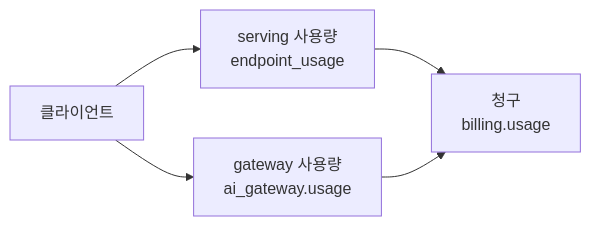
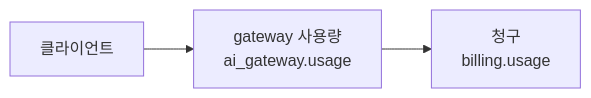
One commit to yunkyoungaum/ADB_guide changed the diagram in source/guides/04-usage-monitoring/README.md. Above: the diagram before and after it, drawn with Mermaid. The commit also changed other lines of this file and 10 other files, not shown here.

First line of the commit message:
docs: serving 라우트를 제거하고 AI Gateway 단일 경로로 재구성

````diff
--- a/source/guides/04-usage-monitoring/README.md
+++ b/source/guides/04-usage-monitoring/README.md
@@ -9,7 +9,5 @@
 ```mermaid
 flowchart LR
-    C[클라이언트] --> S[serving 사용량<br/>endpoint_usage]
-    C --> G[gateway 사용량<br/>ai_gateway.usage]
-    S --> B[청구<br/>billing.usage]
-    G --> B
+    C[클라이언트] --> G[gateway 사용량<br/>ai_gateway.usage]
+    G --> B[청구<br/>billing.usage]
 ```
````
